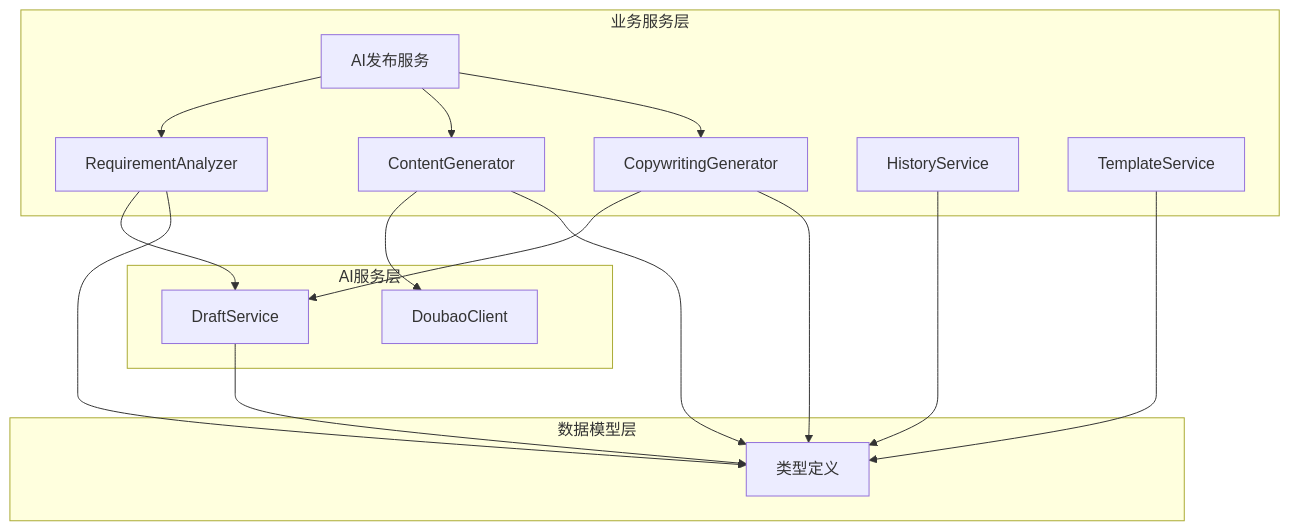
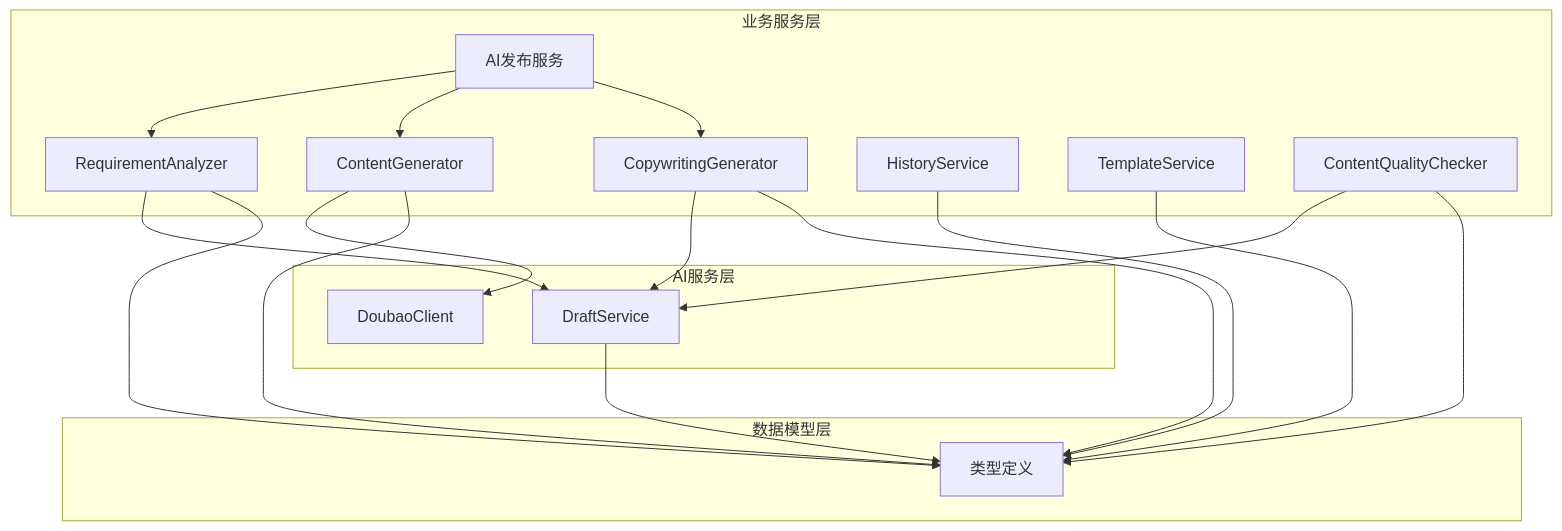
One commit to songdiyang/clawOperations changed diagram 11 of 17 in .qoder/repowiki/zh/content/核心模块详解/Web界面系统/AI创作页面.md. Above: the diagram before and after it, drawn with Mermaid. The commit also changed other lines of this file and 6 other files, not shown here.

````diff
--- a/.qoder/repowiki/zh/content/核心模块详解/Web界面系统/AI创作页面.md
+++ b/.qoder/repowiki/zh/content/核心模块详解/Web界面系统/AI创作页面.md
@@ -496,31 +576,34 @@
 ```mermaid
 graph TB
 subgraph "AI服务层"
 DS[DeepSeekClient]
 DB[DoubaoClient]
 end
 subgraph "业务服务层"
 RA[RequirementAnalyzer]
 CG[ContentGenerator]
 CW[CopywritingGenerator]
 AP[AI发布服务]
 DS[DraftService]
 HS[HistoryService]
 TS[TemplateService]
+QC[ContentQualityChecker]
 end
 subgraph "数据模型层"
 Types[类型定义]
 end
 RA --> DS
 CG --> DB
 CW --> DS
 AP --> RA
 AP --> CG
 AP --> CW
+QC --> DS
 DS --> Types
 HS --> Types
 TS --> Types
 RA --> Types
 CG --> Types
 CW --> Types
+QC --> Types
 ```
````
